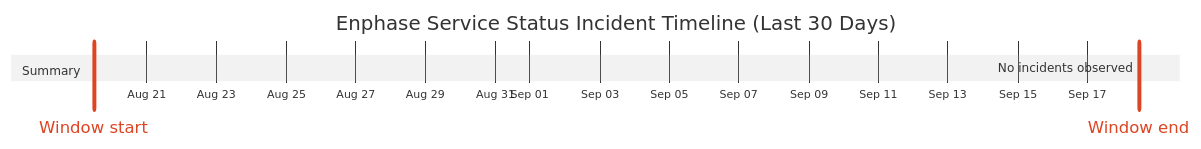
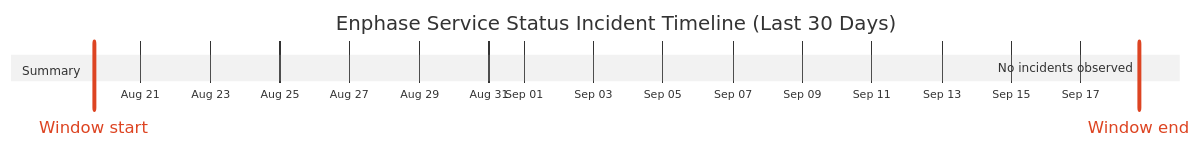
Before and after one commit to barneyonline/ha-enphase-energy: the diagram in wiki/Service-Status-History.md, drawn with Mermaid (neutral theme). The commit also changed other lines of this file and 3 other files, not shown here.

````diff
--- a/wiki/Service-Status-History.md
+++ b/wiki/Service-Status-History.md
@@ -14,10 +14,10 @@
 ```mermaid
 gantt
     title Enphase Service Status Incident Timeline (Last 30 Days)
     dateFormat  YYYY-MM-DDTHH:mm:ss
     axisFormat  %b %d
-    Window start :vert, window-start, 2026-08-19T11:36:44, 0ms
-    Window end :vert, window-end, 2026-09-18T11:36:44, 0ms
+    Window start :vert, window-start, 2026-08-19T15:51:44, 0ms
+    Window end :vert, window-end, 2026-09-18T15:51:44, 0ms
     section Summary
-    No incidents observed :done, 2026-09-18T11:36:44, 1m
+    No incidents observed :done, 2026-09-18T15:51:44, 1m
 ```
````
